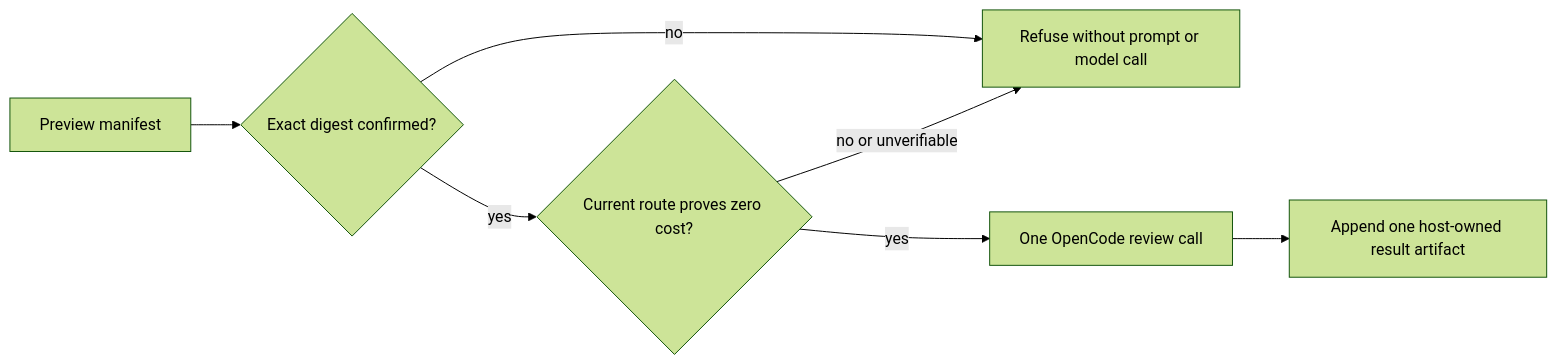
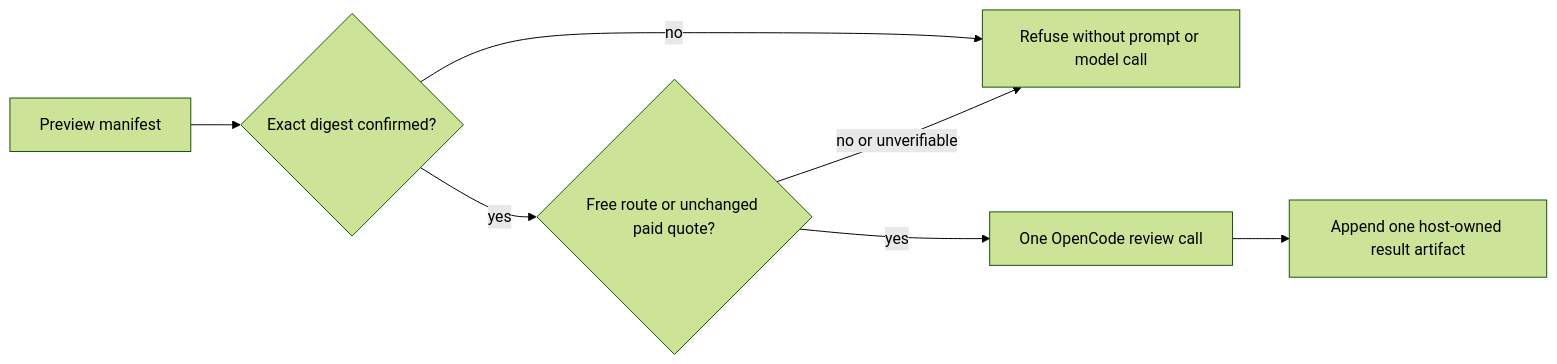
One commit to Priivacy-ai/spec-kitty changed the diagram in docs/guides/spec-review.md. Above: the diagram before and after it, drawn with Mermaid (forest theme). The commit also changed other lines of this file and 10 other files, not shown here.

````diff
--- a/docs/guides/spec-review.md
+++ b/docs/guides/spec-review.md
@@ -48,9 +80,9 @@
 ```mermaid
 flowchart LR
     P[Preview manifest] --> C{Exact digest confirmed?}
     C -- no --> R[Refuse without prompt or model call]
-    C -- yes --> Z{Current route proves zero cost?}
+    C -- yes --> Z{Free route or unchanged paid quote?}
     Z -- no or unverifiable --> R
     Z -- yes --> O[One OpenCode review call]
     O --> A[Append one host-owned result artifact]
 ```
````
